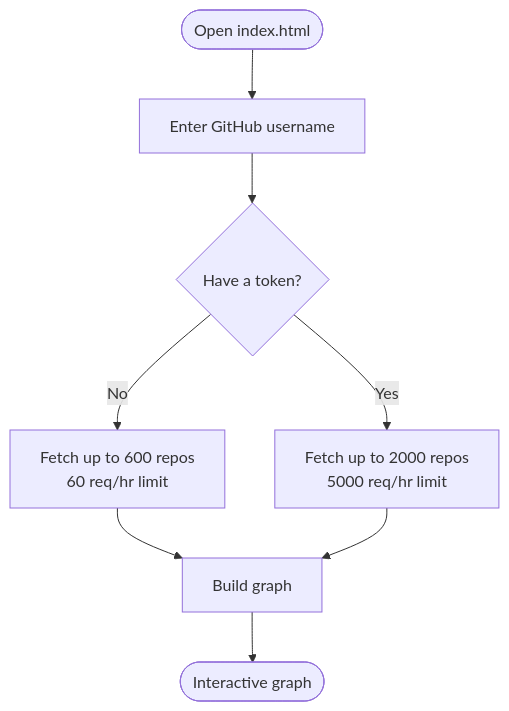
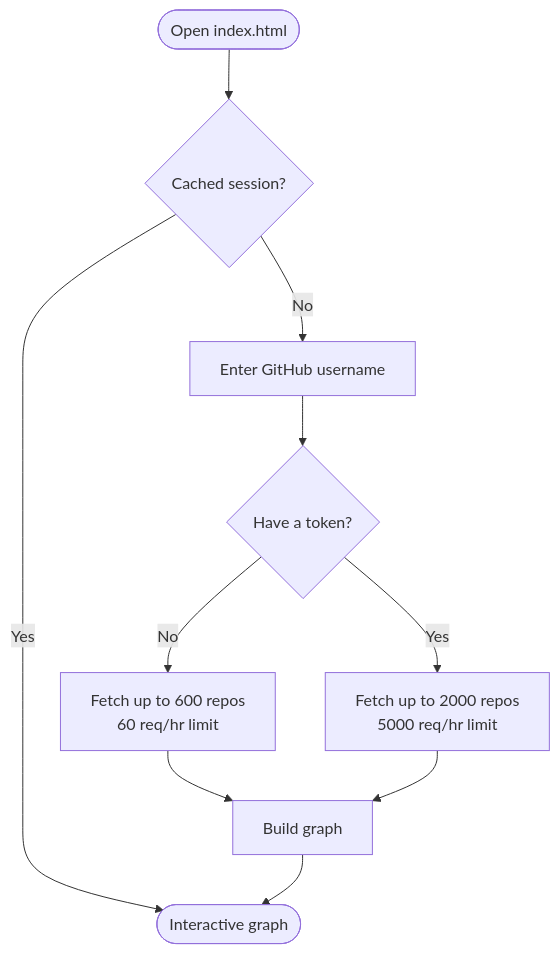
Before and after one commit to ervinismu/stargaze: the first of 4 diagrams in README.md, drawn with Mermaid. The commit also changed other lines of this file, not shown here.

````diff
--- a/README.md
+++ b/README.md
@@ -16,10 +18,12 @@
 ```mermaid
 flowchart TD
-    A([Open index.html]) --> B[Enter GitHub username]
+    A([Open index.html]) --> CACHE{Cached session?}
+    CACHE -- Yes --> G
+    CACHE -- No --> B[Enter GitHub username]
     B --> C{Have a token?}
     C -- No --> D[Fetch up to 600 repos\n60 req/hr limit]
     C -- Yes --> E[Fetch up to 2000 repos\n5000 req/hr limit]
     D --> F[Build graph]
     E --> F
     F --> G([Interactive graph])
 ```
````
